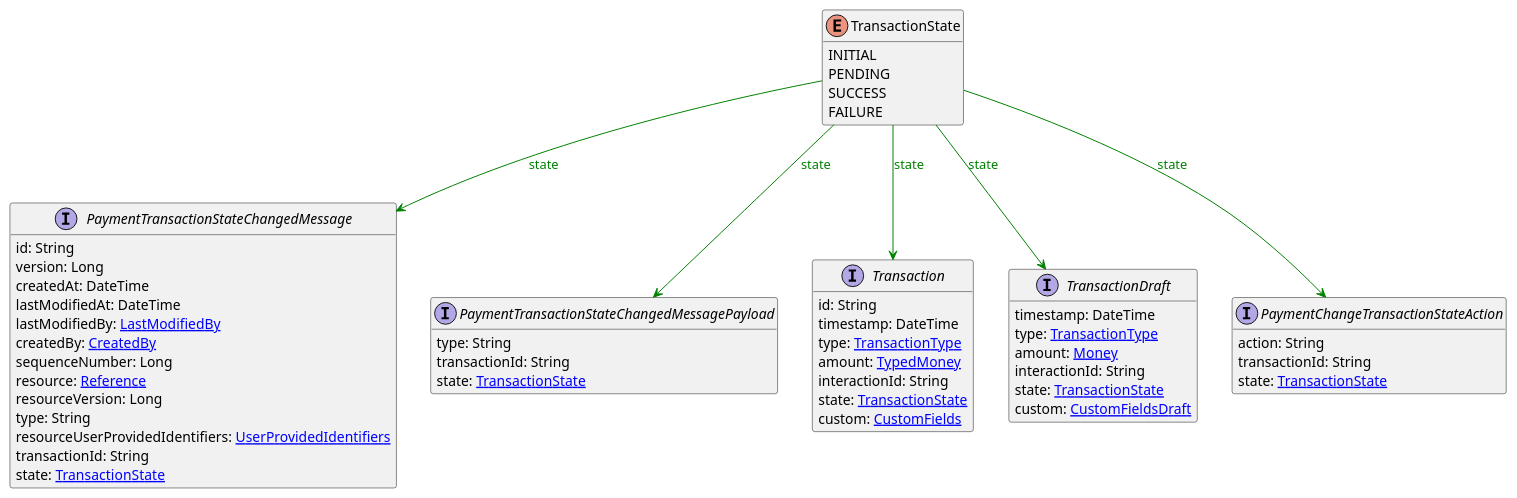
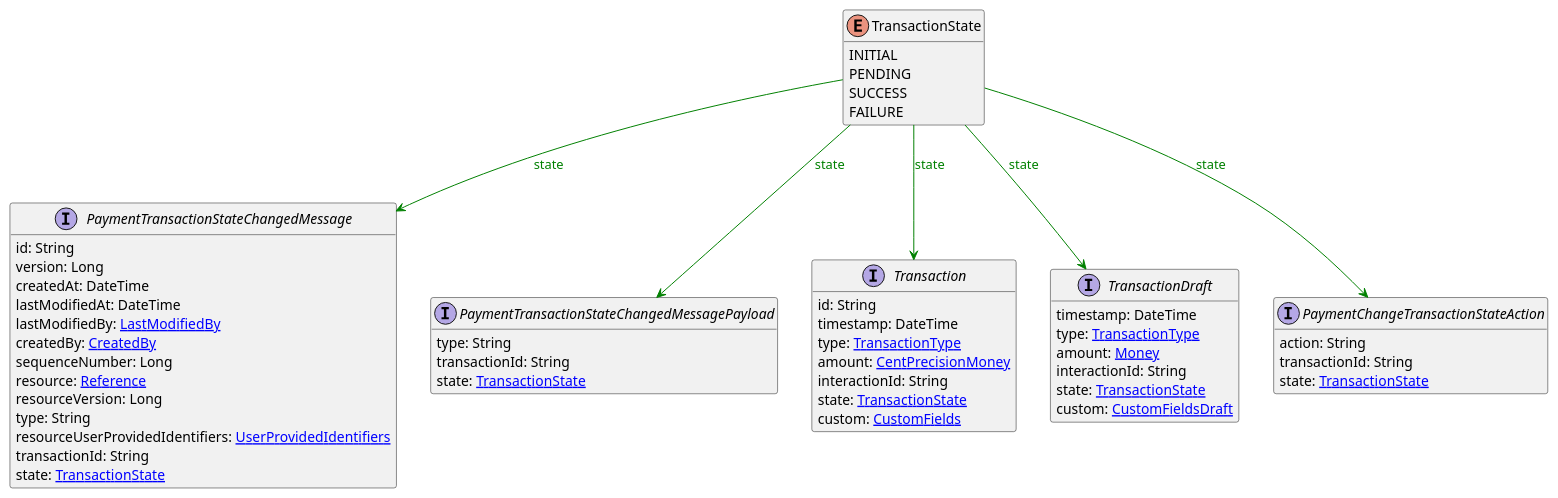
The diagram in uml/api/TransactionState.puml (commercetools/commercetools-api-reference), drawn with PlantUML before and after one commit. The commit also changed 12 other files, not shown here.

```diff
--- a/uml/api/TransactionState.puml
+++ b/uml/api/TransactionState.puml
@@ -1,57 +1,57 @@
 @startuml
 
 hide methods
 enum TransactionState {
     INITIAL
     PENDING
     SUCCESS
     FAILURE
 }
 interface PaymentTransactionStateChangedMessage [[PaymentTransactionStateChangedMessage.svg]]  {
     id: String
     version: Long
     createdAt: DateTime
     lastModifiedAt: DateTime
     lastModifiedBy: [[LastModifiedBy.svg LastModifiedBy]]
     createdBy: [[CreatedBy.svg CreatedBy]]
     sequenceNumber: Long
     resource: [[Reference.svg Reference]]
     resourceVersion: Long
     type: String
     resourceUserProvidedIdentifiers: [[UserProvidedIdentifiers.svg UserProvidedIdentifiers]]
     transactionId: String
     state: [[TransactionState.svg TransactionState]]
 }
 interface PaymentTransactionStateChangedMessagePayload [[PaymentTransactionStateChangedMessagePayload.svg]]  {
     type: String
     transactionId: String
     state: [[TransactionState.svg TransactionState]]
 }
 interface Transaction [[Transaction.svg]]  {
     id: String
     timestamp: DateTime
     type: [[TransactionType.svg TransactionType]]
-    amount: [[TypedMoney.svg TypedMoney]]
+    amount: [[CentPrecisionMoney.svg CentPrecisionMoney]]
     interactionId: String
     state: [[TransactionState.svg TransactionState]]
     custom: [[CustomFields.svg CustomFields]]
 }
 interface TransactionDraft [[TransactionDraft.svg]]  {
     timestamp: DateTime
     type: [[TransactionType.svg TransactionType]]
     amount: [[Money.svg Money]]
     interactionId: String
     state: [[TransactionState.svg TransactionState]]
     custom: [[CustomFieldsDraft.svg CustomFieldsDraft]]
 }
 interface PaymentChangeTransactionStateAction [[PaymentChangeTransactionStateAction.svg]]  {
     action: String
     transactionId: String
     state: [[TransactionState.svg TransactionState]]
 }
 TransactionState --> PaymentTransactionStateChangedMessage #green;text:green : "state"
 TransactionState --> PaymentTransactionStateChangedMessagePayload #green;text:green : "state"
 TransactionState --> Transaction #green;text:green : "state"
 TransactionState --> TransactionDraft #green;text:green : "state"
 TransactionState --> PaymentChangeTransactionStateAction #green;text:green : "state"
 @enduml
```
